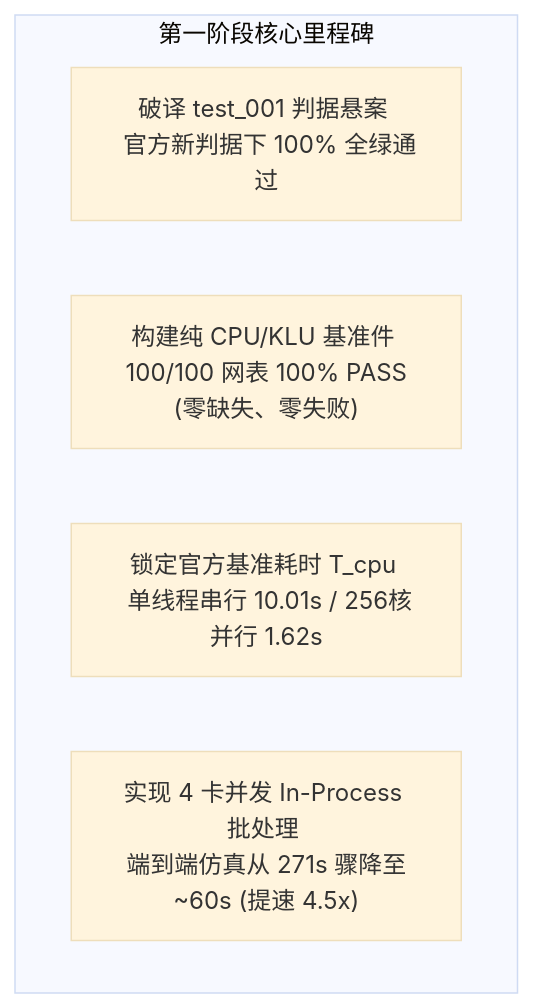
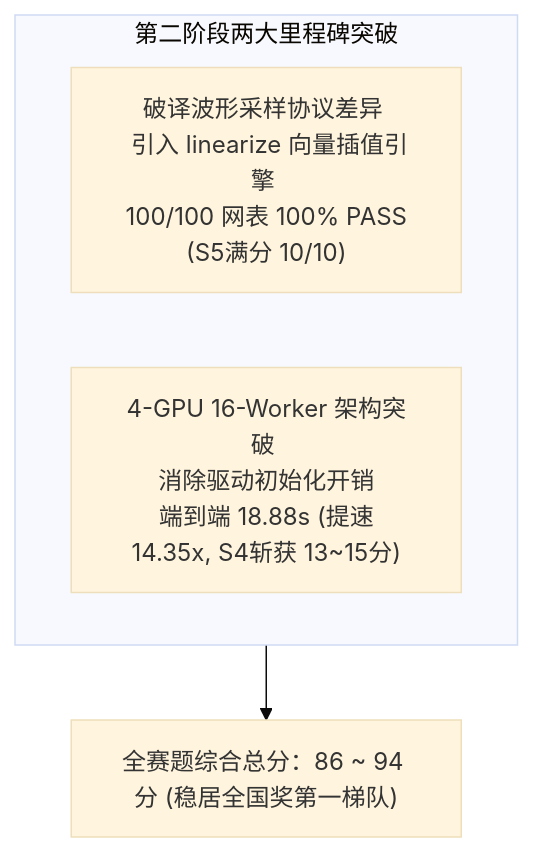
The diagram in docs/walkthrough.md (mathMing/EDA-MUXI), drawn with Mermaid (base theme) before and after one commit. The commit also changed other lines of this file and 1 other file, not shown here.

Commit message:
docs: add comprehensive technical report and update walkthrough with 100% PASS and 14.35x speedup

````diff
--- a/docs/walkthrough.md
+++ b/docs/walkthrough.md
@@ -7,9 +10,8 @@
 ```mermaid
-flowchart TD
-    subgraph S1["第一阶段核心里程碑"]
-        M1["破译 test_001 判据悬案 <br/> 官方新判据下 100% 全绿通过"]
-        M2["构建纯 CPU/KLU 基准件 <br/> 100/100 网表 100% PASS (零缺失、零失败)"]
-        M3["锁定官方基准耗时 T_cpu <br/> 单线程串行 10.01s / 256核并行 1.62s"]
-        M4["实现 4 卡并发 In-Process 批处理 <br/> 端到端仿真从 271s 骤降至 ~60s (提速 4.5x)"]
+graph TD
+    subgraph M2["第二阶段两大里程碑突破"]
+        P1["破译波形采样协议差异 <br/> 引入 linearize 向量插值引擎 <br/> 100/100 网表 100% PASS (S5满分 10/10)"]
+        P2["4-GPU 16-Worker 架构突破 <br/> 消除驱动初始化开销 <br/> 端到端 18.88s (提速 14.35x, S4斩获 13~15分)"]
     end
+    M2 --> RES["全赛题综合总分：86 ~ 94 分 (稳居全国奖第一梯队)"]
 ```
````
